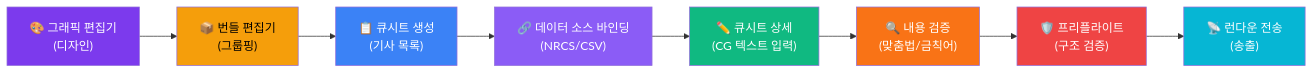
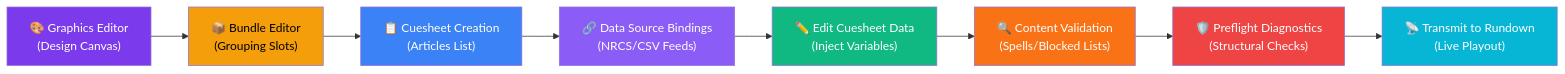
The first of 6 diagrams in webcg-k/docs/guide/NRCS_CUESHEET_WORKFLOW.md (gkisanet/webcg-k), drawn with Mermaid before and after one commit. The commit also changed other lines of this file and 39 other files, not shown here.

````diff
--- a/webcg-k/docs/guide/NRCS_CUESHEET_WORKFLOW.md
+++ b/webcg-k/docs/guide/NRCS_CUESHEET_WORKFLOW.md
@@ -39,19 +38,19 @@
 ```mermaid
 flowchart LR
-    A["🎨 그래픽 편집기<br/>(디자인)"] --> B["📦 번들 편집기<br/>(그룹핑)"]
-    B --> C["📋 큐시트 생성<br/>(기사 목록)"]
-    C --> C2["🔗 데이터 소스 바인딩<br/>(NRCS/CSV)"]
-    C2 --> D["✏️ 큐시트 상세<br/>(CG 텍스트 입력)"]
-    D --> D2["🔍 내용 검증<br/>(맞춤법/금칙어)"]
-    D2 --> E["🛡️ 프리플라이트<br/>(구조 검증)"]
-    E --> F["📡 런다운 전송<br/>(송출)"]
+    A["🎨 Graphics Editor<br/>(Design Canvas)"] --> B["📦 Bundle Editor<br/>(Grouping Slots)"]
+    B --> C["📋 Cuesheet Creation<br/>(Articles List)"]
+    C --> C2["🔗 Data Source Bindings<br/>(NRCS/CSV Feeds)"]
+    C2 --> D["✏️ Edit Cuesheet Data<br/>(Inject Variables)"]
+    D --> D2["🔍 Content Validation<br/>(Spells/Blocked Lists)"]
+    D2 --> E["🛡️ Preflight Diagnostics<br/>(Structural Checks)"]
+    E --> F["📡 Transmit to Rundown<br/>(Live Playout)"]
 
     style A fill:#7c3aed,color:#fff
     style B fill:#f59e0b,color:#000
     style C fill:#3b82f6,color:#fff
     style C2 fill:#8b5cf6,color:#fff
     style D fill:#10b981,color:#fff
     style D2 fill:#f97316,color:#fff
     style E fill:#ef4444,color:#fff
     style F fill:#06b6d4,color:#fff
 ```
````
